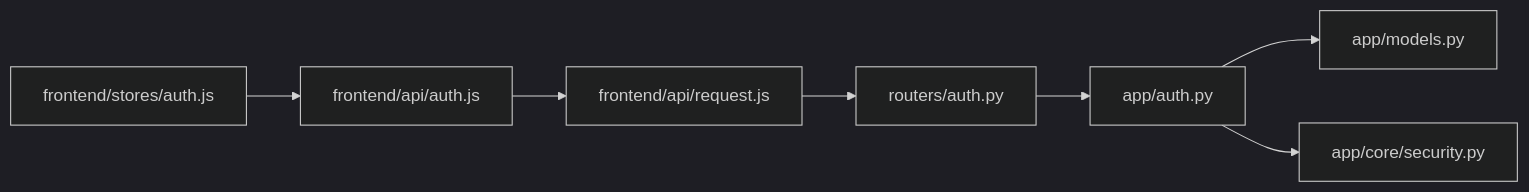
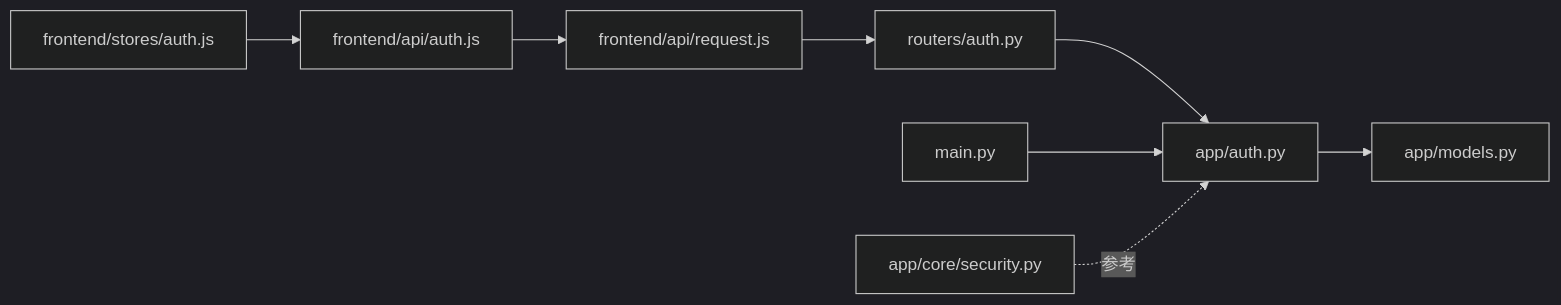
The tenth of 10 diagrams in .qoder/repowiki/zh/content/认证与授权/认证与授权.md (xgd561/performance_evaluation_system), drawn with Mermaid (dark theme) before and after one commit. The commit also changed other lines of this file and 56 other files, not shown here.

````diff
--- a/.qoder/repowiki/zh/content/认证与授权/认证与授权.md
+++ b/.qoder/repowiki/zh/content/认证与授权/认证与授权.md
@@ -330,9 +417,10 @@
 ```mermaid
 graph LR
 Routers["routers/auth.py"] --> AuthMod["app/auth.py"]
 AuthMod --> Models["app/models.py"]
-AuthMod --> CoreSec["app/core/security.py"]
+Main["main.py"] --> AuthMod
+CoreSec["app/core/security.py"] -. 参考 .-> AuthMod
 FE_Store["frontend/stores/auth.js"] --> FE_API["frontend/api/auth.js"]
 FE_API --> FE_Request["frontend/api/request.js"]
 FE_Request --> Routers
 ```
````
